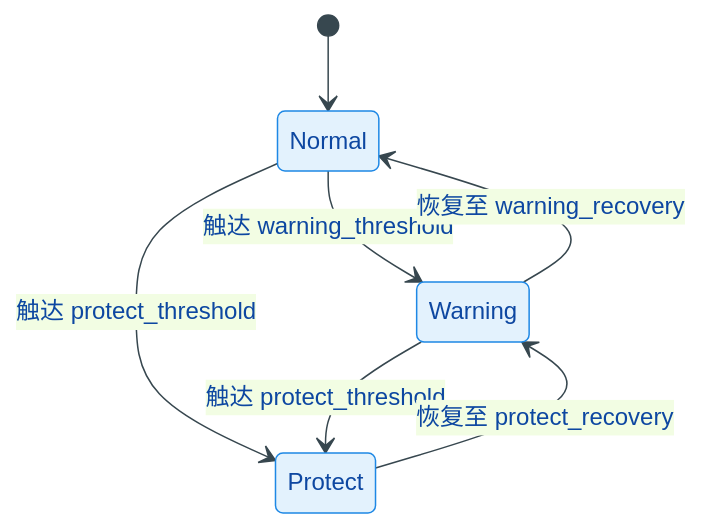
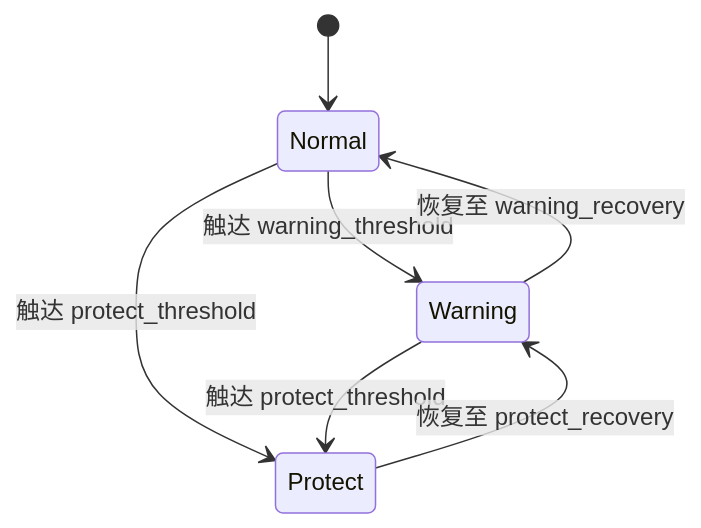
One commit to qingmeijiupiao/Wireless_power_meter_lite changed the first of 3 diagrams in components/app/protect/README.md. Above: the diagram before and after it, drawn with Mermaid. The commit also changed other lines of this file and 19 other files, not shown here.

````diff
--- a/components/app/protect/README.md
+++ b/components/app/protect/README.md
@@ -16,10 +16,9 @@
 ```mermaid
-%%{init: { 'theme': 'base', 'themeVariables': { 'primaryColor': '#E3F2FD', 'primaryBorderColor': '#1E88E5', 'primaryTextColor': '#0D47A1', 'lineColor': '#37474F', 'clusterBkg': '#F8FBFF', 'clusterBorder': '#90CAF9' } }}%%
 stateDiagram-v2
     [*] --> Normal
     Normal --> Warning : 触达 warning_threshold
     Normal --> Protect : 触达 protect_threshold
     Warning --> Protect : 触达 protect_threshold
     Warning --> Normal : 恢复至 warning_recovery
     Protect --> Warning : 恢复至 protect_recovery
 ```
````
